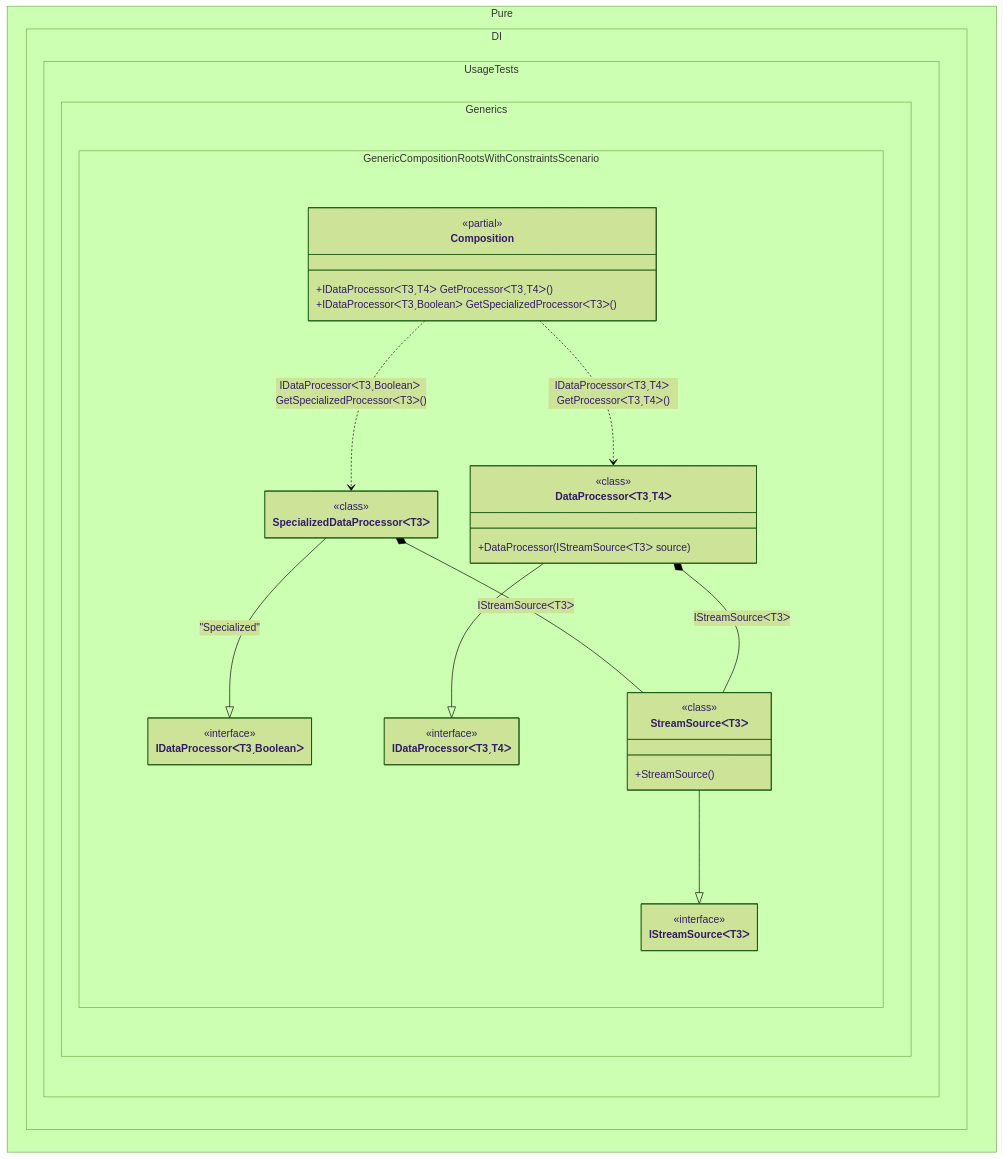
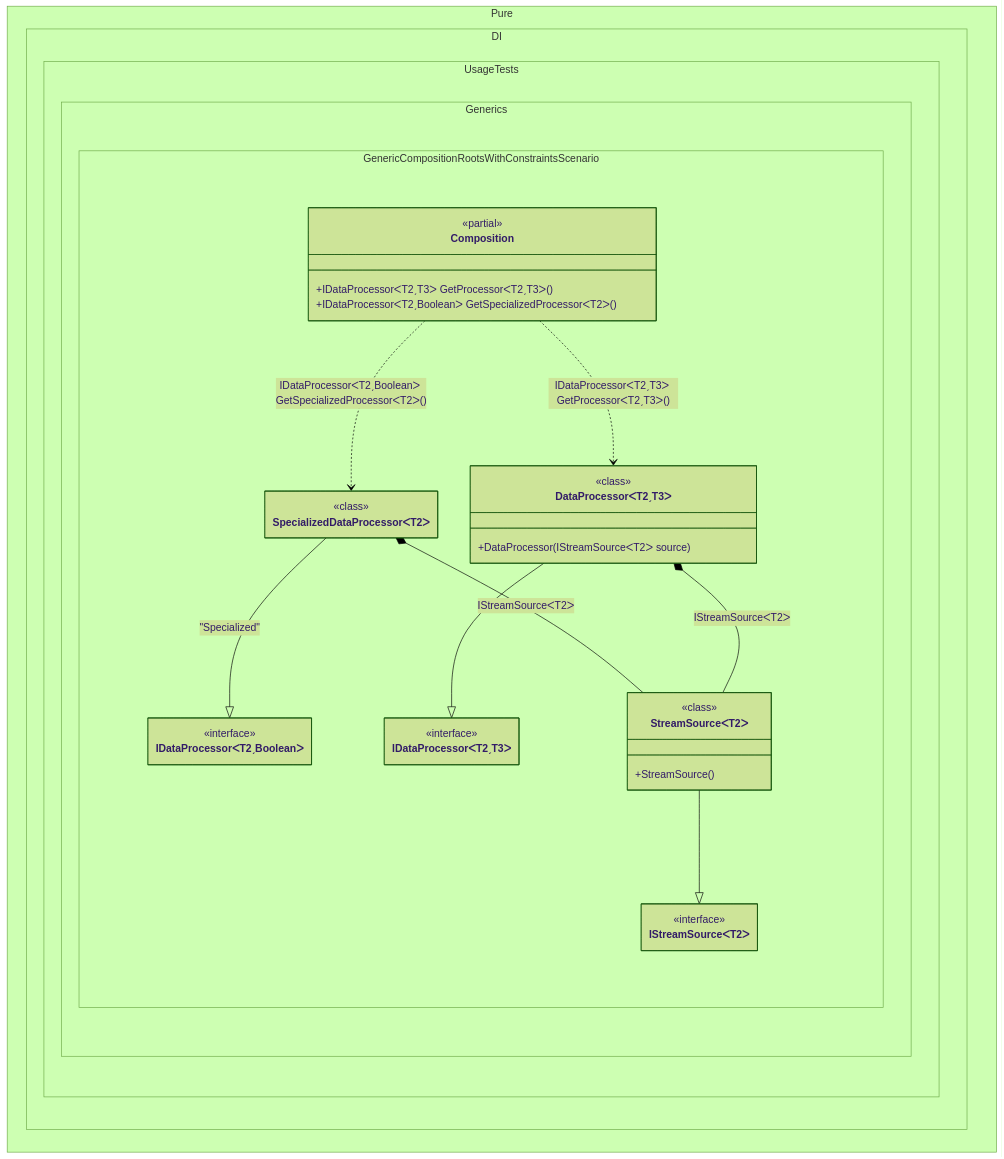
The diagram in readme/generic-composition-roots-with-constraints.md (DevTeam/Pure.DI), drawn with Mermaid (forest theme) before and after one commit. The commit also changed other lines of this file and 169 other files, not shown here.

````diff
--- a/readme/generic-composition-roots-with-constraints.md
+++ b/readme/generic-composition-roots-with-constraints.md
@@ -117,44 +117,44 @@
 ```mermaid
 ---
  config:
   maxTextSize: 2147483647
   maxEdges: 2147483647
   class:
    hideEmptyMembersBox: true
 ---
 classDiagram
-	SpecializedDataProcessorᐸT3ᐳ --|> IDataProcessorᐸT3ˏBooleanᐳ : "Specialized" 
-	DataProcessorᐸT3ˏT4ᐳ --|> IDataProcessorᐸT3ˏT4ᐳ
-	StreamSourceᐸT3ᐳ --|> IStreamSourceᐸT3ᐳ
-	Composition ..> SpecializedDataProcessorᐸT3ᐳ : IDataProcessorᐸT3ˏBooleanᐳ GetSpecializedProcessorᐸT3ᐳ()
-	Composition ..> DataProcessorᐸT3ˏT4ᐳ : IDataProcessorᐸT3ˏT4ᐳ GetProcessorᐸT3ˏT4ᐳ()
-	SpecializedDataProcessorᐸT3ᐳ *--  StreamSourceᐸT3ᐳ : IStreamSourceᐸT3ᐳ
-	DataProcessorᐸT3ˏT4ᐳ *--  StreamSourceᐸT3ᐳ : IStreamSourceᐸT3ᐳ
+	SpecializedDataProcessorᐸT2ᐳ --|> IDataProcessorᐸT2ˏBooleanᐳ : "Specialized" 
+	DataProcessorᐸT2ˏT3ᐳ --|> IDataProcessorᐸT2ˏT3ᐳ
+	StreamSourceᐸT2ᐳ --|> IStreamSourceᐸT2ᐳ
+	Composition ..> SpecializedDataProcessorᐸT2ᐳ : IDataProcessorᐸT2ˏBooleanᐳ GetSpecializedProcessorᐸT2ᐳ()
+	Composition ..> DataProcessorᐸT2ˏT3ᐳ : IDataProcessorᐸT2ˏT3ᐳ GetProcessorᐸT2ˏT3ᐳ()
+	SpecializedDataProcessorᐸT2ᐳ *--  StreamSourceᐸT2ᐳ : IStreamSourceᐸT2ᐳ
+	DataProcessorᐸT2ˏT3ᐳ *--  StreamSourceᐸT2ᐳ : IStreamSourceᐸT2ᐳ
 	namespace Pure.DI.UsageTests.Generics.GenericCompositionRootsWithConstraintsScenario {
 		class Composition {
 		<<partial>>
-		+IDataProcessorᐸT3ˏT4ᐳ GetProcessorᐸT3ˏT4ᐳ()
-		+IDataProcessorᐸT3ˏBooleanᐳ GetSpecializedProcessorᐸT3ᐳ()
+		+IDataProcessorᐸT2ˏT3ᐳ GetProcessorᐸT2ˏT3ᐳ()
+		+IDataProcessorᐸT2ˏBooleanᐳ GetSpecializedProcessorᐸT2ᐳ()
 		}
-		class DataProcessorᐸT3ˏT4ᐳ {
+		class DataProcessorᐸT2ˏT3ᐳ {
 				<<class>>
-			+DataProcessor(IStreamSourceᐸT3ᐳ source)
+			+DataProcessor(IStreamSourceᐸT2ᐳ source)
 		}
-		class IDataProcessorᐸT3ˏBooleanᐳ {
+		class IDataProcessorᐸT2ˏBooleanᐳ {
 			<<interface>>
 		}
-		class IDataProcessorᐸT3ˏT4ᐳ {
+		class IDataProcessorᐸT2ˏT3ᐳ {
 			<<interface>>
 		}
-		class IStreamSourceᐸT3ᐳ {
+		class IStreamSourceᐸT2ᐳ {
 			<<interface>>
 		}
-		class SpecializedDataProcessorᐸT3ᐳ {
+		class SpecializedDataProcessorᐸT2ᐳ {
 				<<class>>
 		}
-		class StreamSourceᐸT3ᐳ {
+		class StreamSourceᐸT2ᐳ {
 				<<class>>
 			+StreamSource()
 		}
 	}
 ```
````
